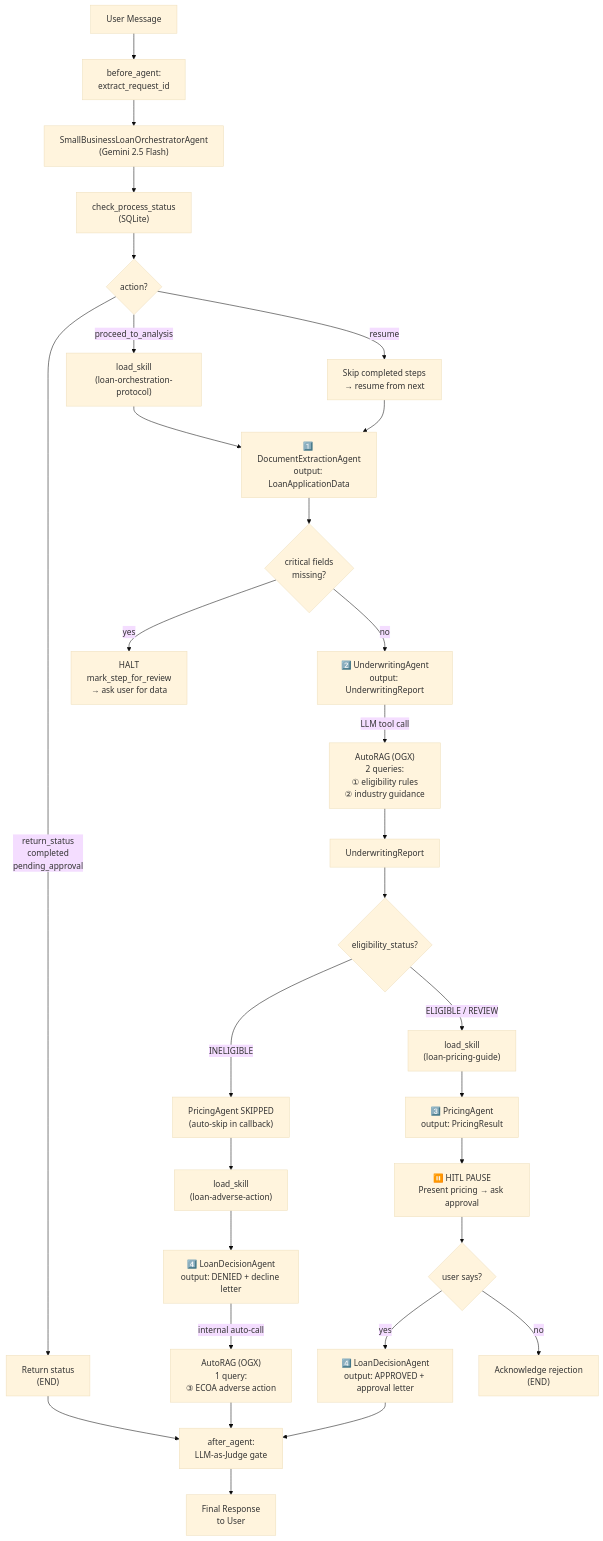
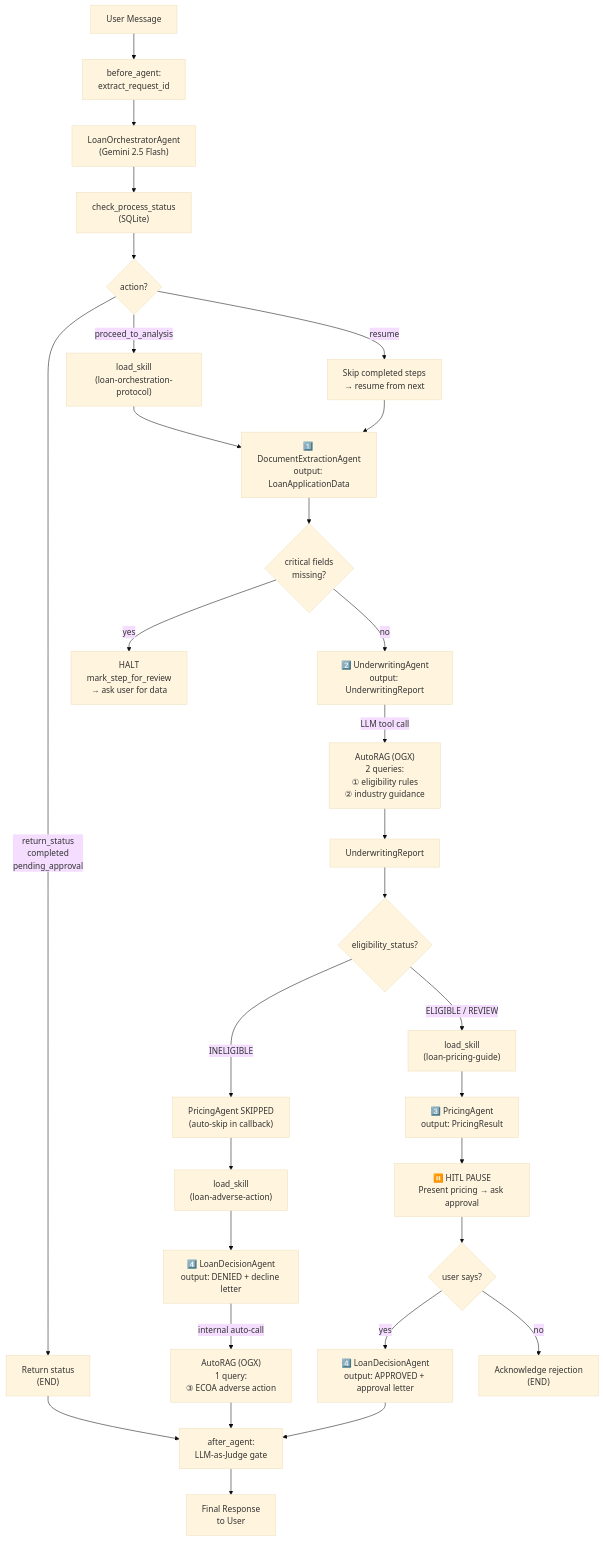
Before and after one commit to rrbanda/mortgage: the second of 4 diagrams in docs/architecture.md, drawn with Mermaid (base theme). The commit also changed other lines of this file and 4 other files, not shown here.

Commit message:
docs: rename Small Business → Loan Agent in diagrams and docs

````diff
--- a/docs/architecture.md
+++ b/docs/architecture.md
@@ -158,42 +158,42 @@
 ```mermaid
 graph TD
     START["User Message"] --> BCA["before_agent:\nextract_request_id"]
-    BCA --> Orch["SmallBusinessLoanOrchestratorAgent\n(Gemini 2.5 Flash)"]
+    BCA --> Orch["LoanOrchestratorAgent\n(Gemini 2.5 Flash)"]
 
     Orch --> CPS["check_process_status\n(SQLite)"]
     CPS --> Decision{action?}
 
     Decision -->|"return_status\ncompleted\npending_approval"| StatusReply["Return status\n(END)"]
 
     Decision -->|"proceed_to_analysis"| Skill1["load_skill\n(loan-orchestration-protocol)"]
     Decision -->|"resume"| Resume["Skip completed steps\n→ resume from next"]
 
     Skill1 --> DocAgent["1️⃣ DocumentExtractionAgent\noutput: LoanApplicationData"]
     Resume --> DocAgent
 
     DocAgent --> Missing{critical fields\nmissing?}
     Missing -->|yes| Halt["HALT\nmark_step_for_review\n→ ask user for data"]
     Missing -->|no| UWAgent["2️⃣ UnderwritingAgent\noutput: UnderwritingReport"]
 
     UWAgent -->|"LLM tool call"| RAG_UW["AutoRAG (OGX)\n2 queries:\n① eligibility rules\n② industry guidance"]
     RAG_UW --> UWResult
 
     UWResult["UnderwritingReport"] --> Eligible{eligibility_status?}
 
     Eligible -->|"INELIGIBLE"| SkipPrice["PricingAgent SKIPPED\n(auto-skip in callback)"]
     SkipPrice --> Skill3["load_skill\n(loan-adverse-action)"]
     Skill3 --> LDAgent_Deny["4️⃣ LoanDecisionAgent\noutput: DENIED + decline letter"]
     LDAgent_Deny -->|"internal auto-call"| RAG_LD["AutoRAG (OGX)\n1 query:\n③ ECOA adverse action"]
 
     Eligible -->|"ELIGIBLE / REVIEW"| Skill2["load_skill\n(loan-pricing-guide)"]
     Skill2 --> PriceAgent["3️⃣ PricingAgent\noutput: PricingResult"]
     PriceAgent --> HITL["⏸️ HITL PAUSE\nPresent pricing → ask approval"]
     HITL --> Approval{user says?}
     Approval -->|"yes"| LDAgent_Approve["4️⃣ LoanDecisionAgent\noutput: APPROVED + approval letter"]
     Approval -->|"no"| Reject["Acknowledge rejection\n(END)"]
 
     RAG_LD --> Judge["after_agent:\nLLM-as-Judge gate"]
     LDAgent_Approve --> Judge
     StatusReply --> Judge
     Judge --> Response["Final Response\nto User"]
 ```
````
